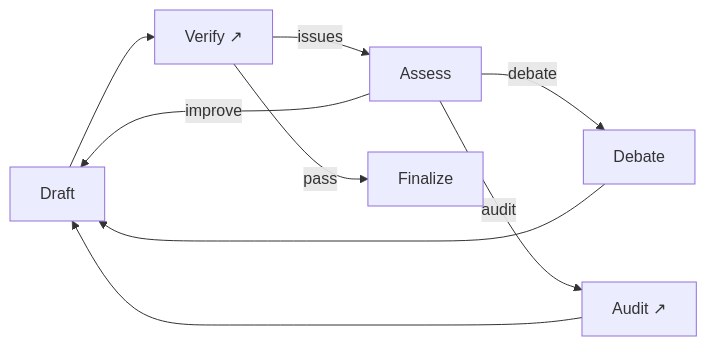
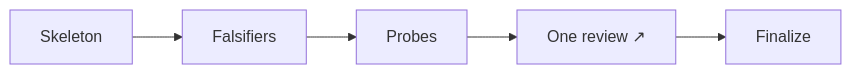
One commit to imtemp-dev/claude-bts changed the second of 3 diagrams in README.md. Above: the diagram before and after it, drawn with Mermaid. The commit also changed other lines of this file and 8 other files, not shown here.

````diff
--- a/README.md
+++ b/README.md
@@ -75,9 +80,4 @@
 ```mermaid
 flowchart LR
-    D["Draft"] --> V["Verify ↗"]
-    V -->|"issues"| A["Assess"]
-    A -->|"improve"| D
-    A -->|"debate"| DB["Debate"] --> D
-    A -->|"audit"| AU["Audit ↗"] --> D
-    V -->|"pass"| F["Finalize"]
+    SK["Skeleton"] --> FA["Falsifiers"] --> EQ["Probes"] --> RV["One review ↗"] --> FN["Finalize"]
 ```
````
